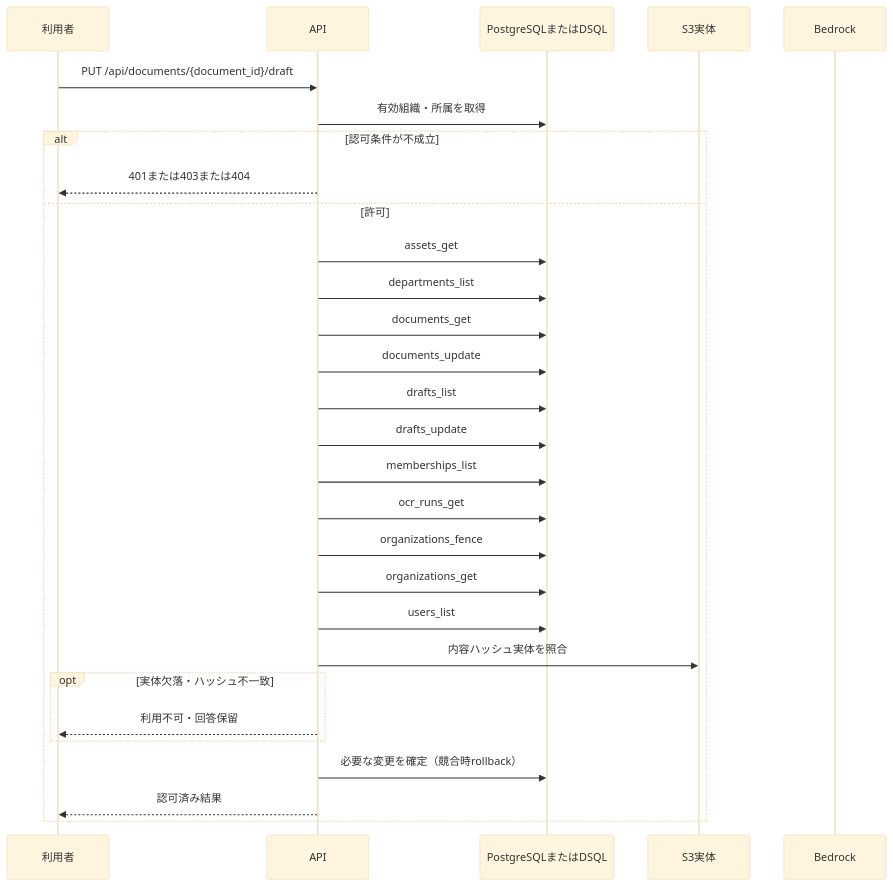
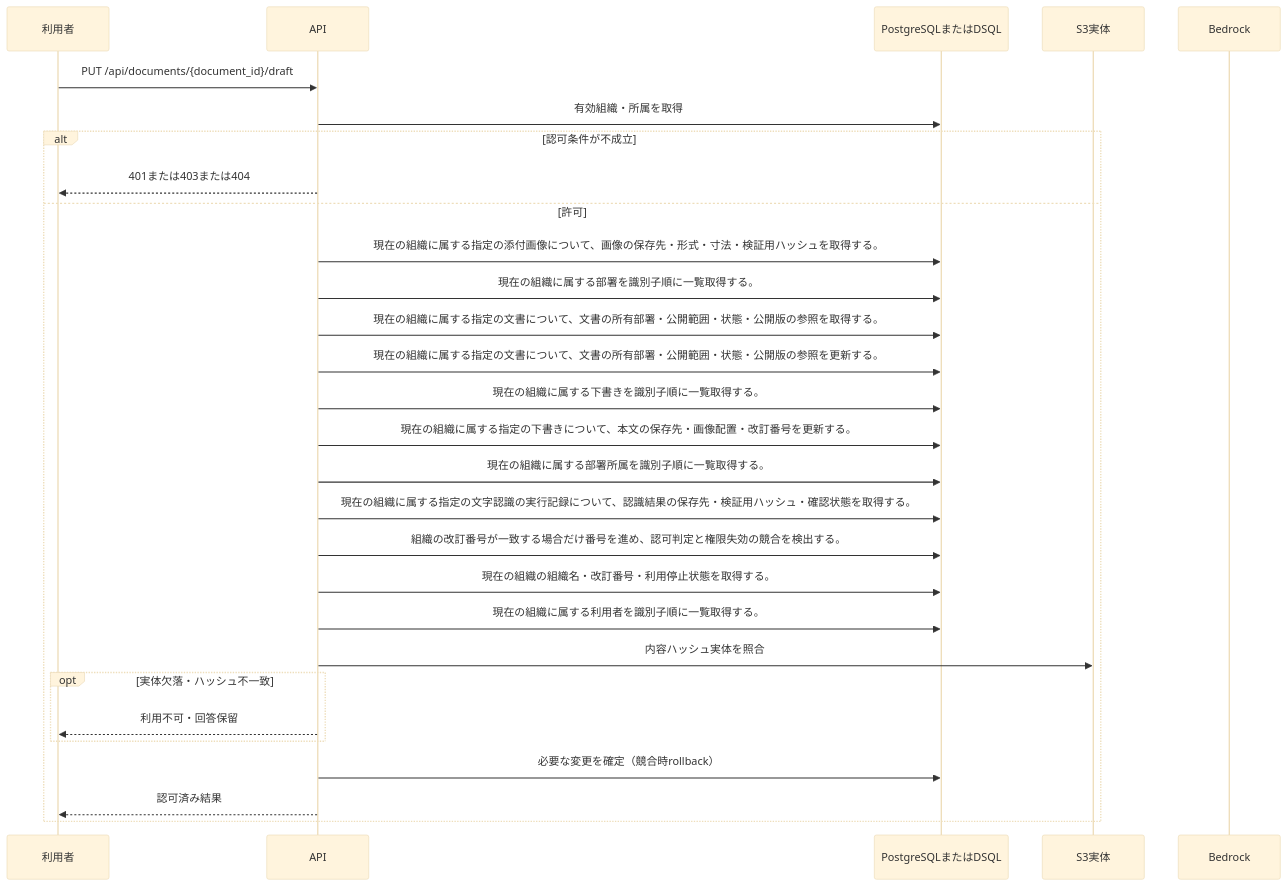
Before and after one commit to tsuji-tomonori/KotoRelay: the diagram in docs/design/generated/api/documents/save_draft/sequence.md, drawn with Mermaid (base theme). The commit also changed other lines of this file and 286 other files, not shown here.

````diff
--- a/docs/design/generated/api/documents/save_draft/sequence.md
+++ b/docs/design/generated/api/documents/save_draft/sequence.md
@@ -7,31 +7,31 @@
 ```mermaid
 sequenceDiagram
     participant U as 利用者
     participant A as API
     participant D as PostgreSQLまたはDSQL
     participant S as S3実体
     participant M as Bedrock
     U->>A: PUT /api/documents/{document_id}/draft
     A->>D: 有効組織・所属を取得
     alt 認可条件が不成立
         A-->>U: 401または403または404
     else 許可
-        A->>D: assets_get
-        A->>D: departments_list
-        A->>D: documents_get
-        A->>D: documents_update
-        A->>D: drafts_list
-        A->>D: drafts_update
-        A->>D: memberships_list
-        A->>D: ocr_runs_get
-        A->>D: organizations_fence
-        A->>D: organizations_get
-        A->>D: users_list
+        A->>D: 現在の組織に属する指定の添付画像について、画像の保存先・形式・寸法・検証用ハッシュを取得する。
+        A->>D: 現在の組織に属する部署を識別子順に一覧取得する。
+        A->>D: 現在の組織に属する指定の文書について、文書の所有部署・公開範囲・状態・公開版の参照を取得する。
+        A->>D: 現在の組織に属する指定の文書について、文書の所有部署・公開範囲・状態・公開版の参照を更新する。
+        A->>D: 現在の組織に属する下書きを識別子順に一覧取得する。
+        A->>D: 現在の組織に属する指定の下書きについて、本文の保存先・画像配置・改訂番号を更新する。
+        A->>D: 現在の組織に属する部署所属を識別子順に一覧取得する。
+        A->>D: 現在の組織に属する指定の文字認識の実行記録について、認識結果の保存先・検証用ハッシュ・確認状態を取得する。
+        A->>D: 組織の改訂番号が一致する場合だけ番号を進め、認可判定と権限失効の競合を検出する。
+        A->>D: 現在の組織の組織名・改訂番号・利用停止状態を取得する。
+        A->>D: 現在の組織に属する利用者を識別子順に一覧取得する。
         A->>S: 内容ハッシュ実体を照合
         opt 実体欠落・ハッシュ不一致
             A-->>U: 利用不可・回答保留
         end
         A->>D: 必要な変更を確定（競合時rollback）
         A-->>U: 認可済み結果
     end
 ```
````
